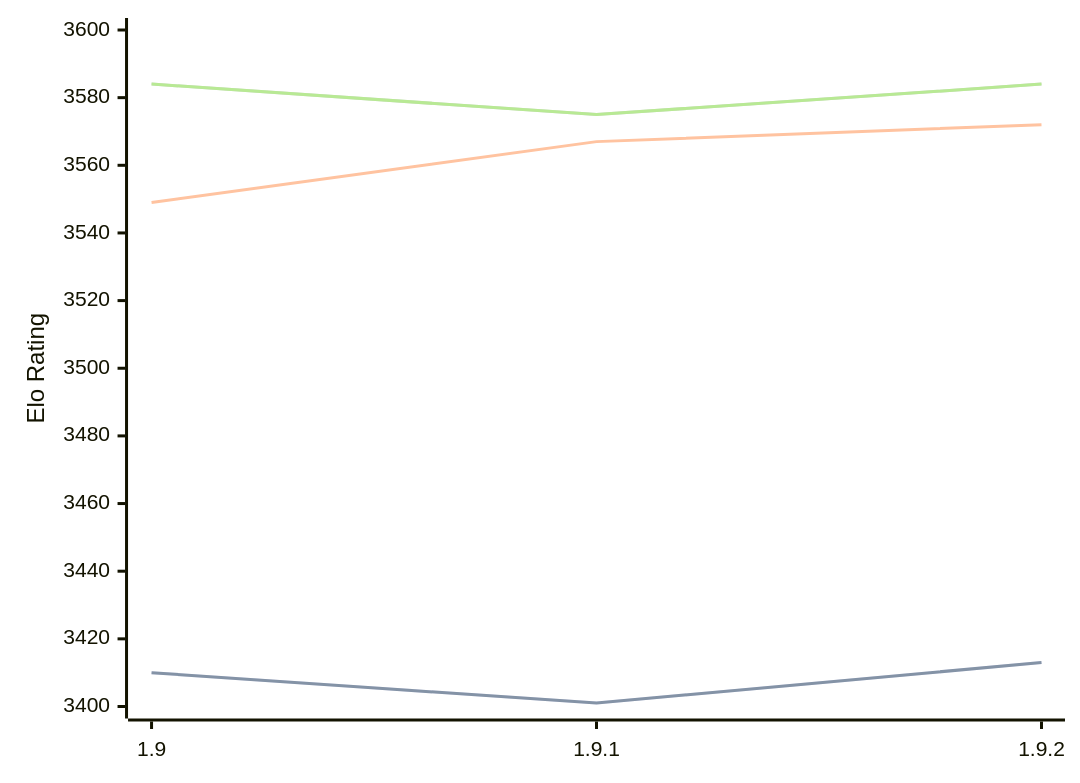
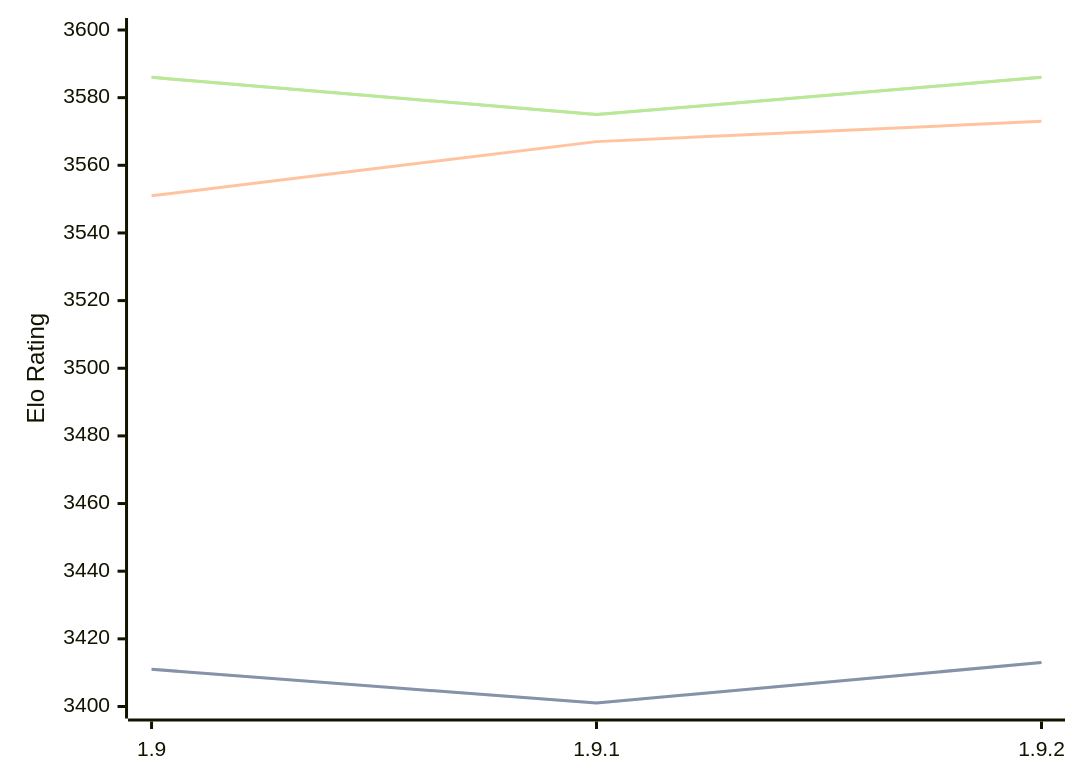
The diagram in engines/Pawnocchio.md (computer-chess-index/cci), drawn with Mermaid before and after one commit. The commit also changed other lines of this file, not shown here.

Commit message:
Update CCI Ratings (ELO VLTC) - 2026-04-25

````diff
--- a/engines/Pawnocchio.md
+++ b/engines/Pawnocchio.md
@@ -48,11 +48,11 @@
 ```mermaid
 %%{init: {"theme":"base","themeVariables":{"seriesColors:['#a3a3a3','#222221','#faa371']}}}%%
 xychart-beta
   x-axis ["1.9", "1.9.1", "1.9.2"]
   y-axis "Elo Rating" 3400 --> 3600
-  line "STC (8.0+0.08s)" [3410, 3401, 3413]
-  line "STC (8.0+0.08s)" [3410, 3401, 3413]
-  line "LTC (60.0+0.60s)" [3549, 3567, 3572]
-  line "VLTC (2m24s+1.12s)" [3584, 3575, 3584]
-  line "VLTC (2m24s+1.12s)" [3584, 3575, 3584]
+  line "STC (8.0+0.08s)" [3411, 3401, 3413]
+  line "STC (8.0+0.08s)" [3411, 3401, 3413]
+  line "LTC (60.0+0.60s)" [3551, 3567, 3573]
+  line "VLTC (2m24s+1.12s)" [3586, 3575, 3586]
+  line "VLTC (2m24s+1.12s)" [3586, 3575, 3586]
 ```
````
